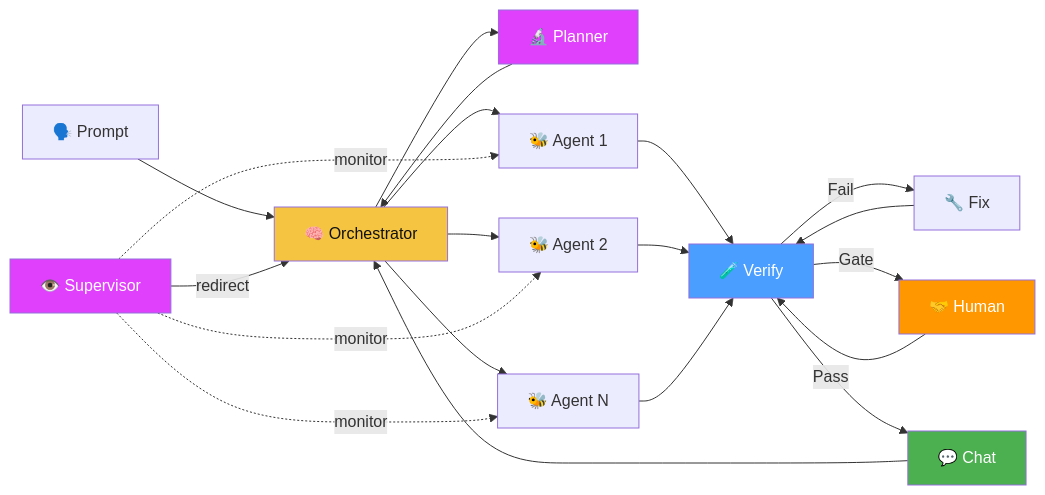
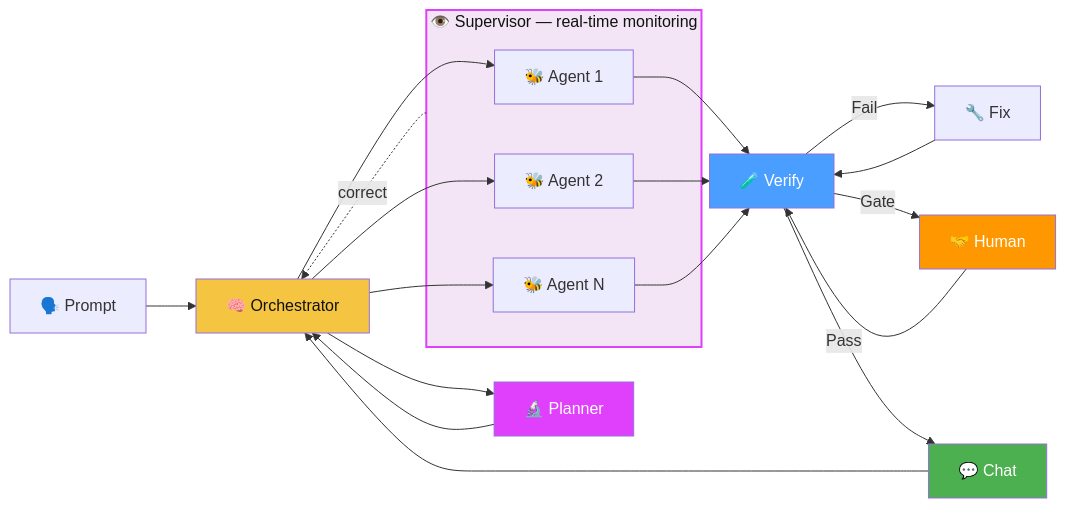
One commit to MrUnreal/hAIvemind changed the first of 3 diagrams in README.md. Above: the diagram before and after it, drawn with Mermaid.

Commit message:
fix(21): cleaner supervisor diagram — subgraph wraps agents
- Agents enclosed in Supervisor subgraph (containment = monitoring)
- Single dotted 'correct' edge back to Orchestrator
- Eliminates 3 crossing monitor lines — much cleaner visual

````diff
--- a/README.md
+++ b/README.md
@@ -27,27 +27,29 @@
 ```mermaid
 graph LR
   A["🗣️ Prompt"] --> B["🧠 Orchestrator"]
   B --> P["🔬 Planner"]
   P --> B
-  B --> C["🐝 Agent 1"]
-  B --> D["🐝 Agent 2"]
-  B --> E["🐝 Agent N"]
-  SV["👁️ Supervisor"] -.->|"monitor"| C
-  SV -.->|"monitor"| D
-  SV -.->|"monitor"| E
-  SV -->|"redirect"| B
+
+  subgraph SV["👁️ Supervisor — real-time monitoring"]
+    C["🐝 Agent 1"]
+    D["🐝 Agent 2"]
+    E["🐝 Agent N"]
+  end
+
+  B --> C & D & E
   C & D & E --> G["🧪 Verify"]
+  SV -.->|"correct"| B
   G -->|"Fail"| H["🔧 Fix"]
   H --> G
   G -->|"Gate"| K["🤝 Human"]
   K --> G
   G -->|"Pass"| I["💬 Chat"]
   I --> B
 
   style B fill:#f5c542,color:#111
   style P fill:#e040fb,color:#fff
-  style SV fill:#e040fb,color:#fff
+  style SV fill:#f3e5f5,color:#111,stroke:#e040fb,stroke-width:2px
   style G fill:#4a9eff,color:#fff
   style K fill:#ff9800,color:#fff
   style I fill:#4caf50,color:#fff
 ```
````
